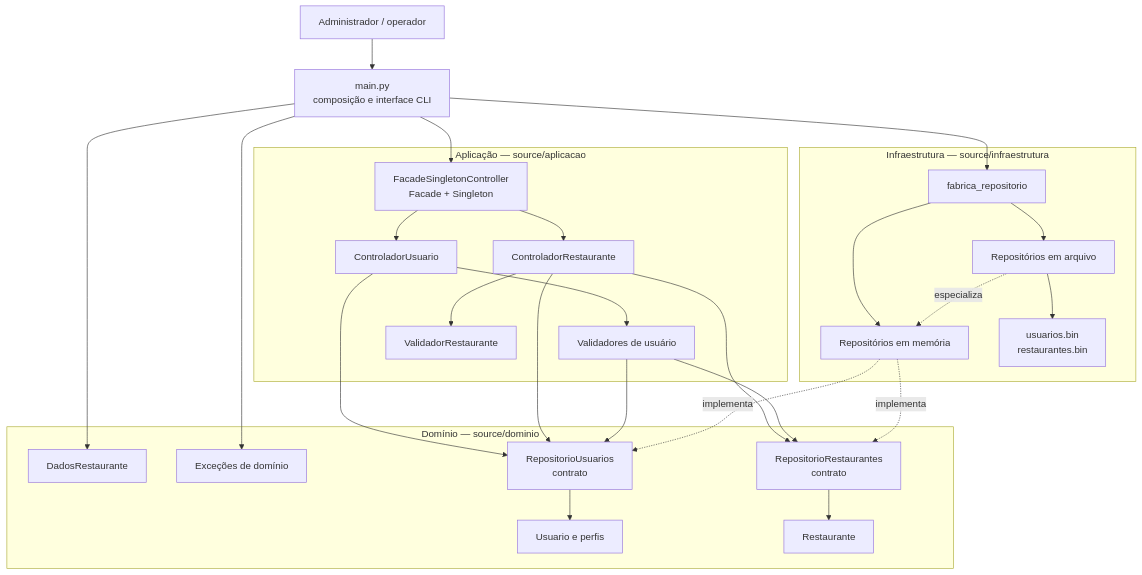
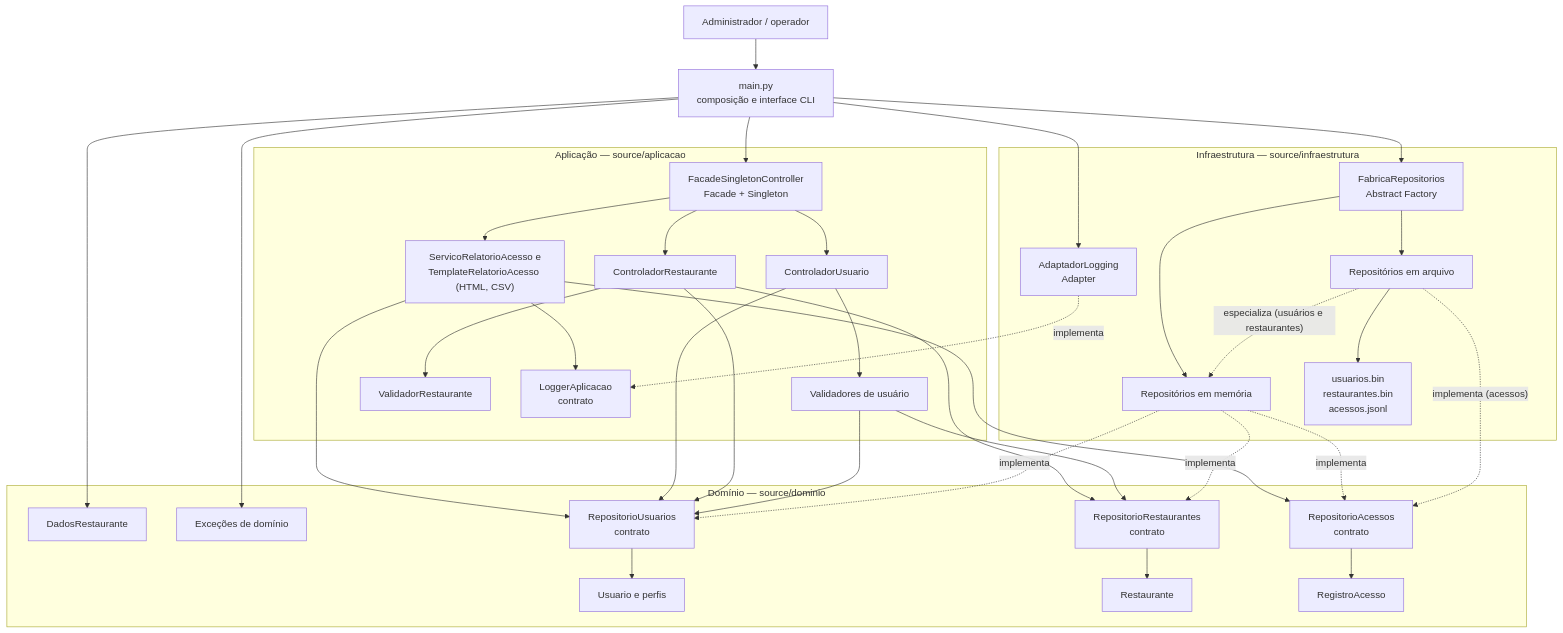
The diagram in docs/07-arquitetura/arquitetura-logica.md (henriquesantos007/Sistema-de-Agendamento-de-Almoco), drawn with Mermaid before and after one commit. The commit also changed other lines of this file and 11 other files, not shown here.

````diff
--- a/docs/07-arquitetura/arquitetura-logica.md
+++ b/docs/07-arquitetura/arquitetura-logica.md
@@ -11,52 +11,66 @@
 ```mermaid
 flowchart TB
     Cliente["Administrador / operador"]
     Main["main.py<br/>composição e interface CLI"]
 
     subgraph Aplicacao["Aplicação — source/aplicacao"]
         Facade["FacadeSingletonController<br/>Facade + Singleton"]
         CUsuario["ControladorUsuario"]
         CRestaurante["ControladorRestaurante"]
         VUsuario["Validadores de usuário"]
         VRestaurante["ValidadorRestaurante"]
+        Relatorios["ServicoRelatorioAcesso e<br/>TemplateRelatorioAcesso (HTML, CSV)"]
+        Logger["LoggerAplicacao<br/>contrato"]
     end
 
     subgraph Dominio["Domínio — source/dominio"]
         Usuario["Usuario e perfis"]
         Restaurante["Restaurante"]
         DadosRestaurante["DadosRestaurante"]
+        Acesso["RegistroAcesso"]
         Erros["Exceções de domínio"]
         RUsuarios["RepositorioUsuarios<br/>contrato"]
         RRestaurantes["RepositorioRestaurantes<br/>contrato"]
+        RAcessos["RepositorioAcessos<br/>contrato"]
     end
 
     subgraph Infra["Infraestrutura — source/infraestrutura"]
-        Fabrica["fabrica_repositorio"]
+        Fabrica["FabricaRepositorios<br/>Abstract Factory"]
         Memoria["Repositórios em memória"]
         Arquivo["Repositórios em arquivo"]
-        Dados["usuarios.bin<br/>restaurantes.bin"]
+        Dados["usuarios.bin<br/>restaurantes.bin<br/>acessos.jsonl"]
+        Adaptador["AdaptadorLogging<br/>Adapter"]
     end
 
     Cliente --> Main
     Main --> Fabrica
+    Main --> Adaptador
     Main --> Facade
     Main --> DadosRestaurante
     Main --> Erros
     Facade --> CUsuario
     Facade --> CRestaurante
+    Facade --> Relatorios
+    Relatorios --> RAcessos
+    Relatorios --> RUsuarios
+    Relatorios --> Logger
+    RAcessos --> Acesso
+    Adaptador -. implementa .-> Logger
     CUsuario --> VUsuario
     CRestaurante --> VRestaurante
     CUsuario --> RUsuarios
     CRestaurante --> RRestaurantes
     CRestaurante --> RUsuarios
     VUsuario --> RUsuarios
     VUsuario --> RRestaurantes
     RUsuarios --> Usuario
     RRestaurantes --> Restaurante
     Fabrica --> Memoria
     Fabrica --> Arquivo
     Memoria -. implementa .-> RUsuarios
     Memoria -. implementa .-> RRestaurantes
-    Arquivo -. especializa .-> Memoria
+    Memoria -. implementa .-> RAcessos
+    Arquivo -. "especializa (usuários e restaurantes)" .-> Memoria
+    Arquivo -. "implementa (acessos)" .-> RAcessos
     Arquivo --> Dados
 ```
````
